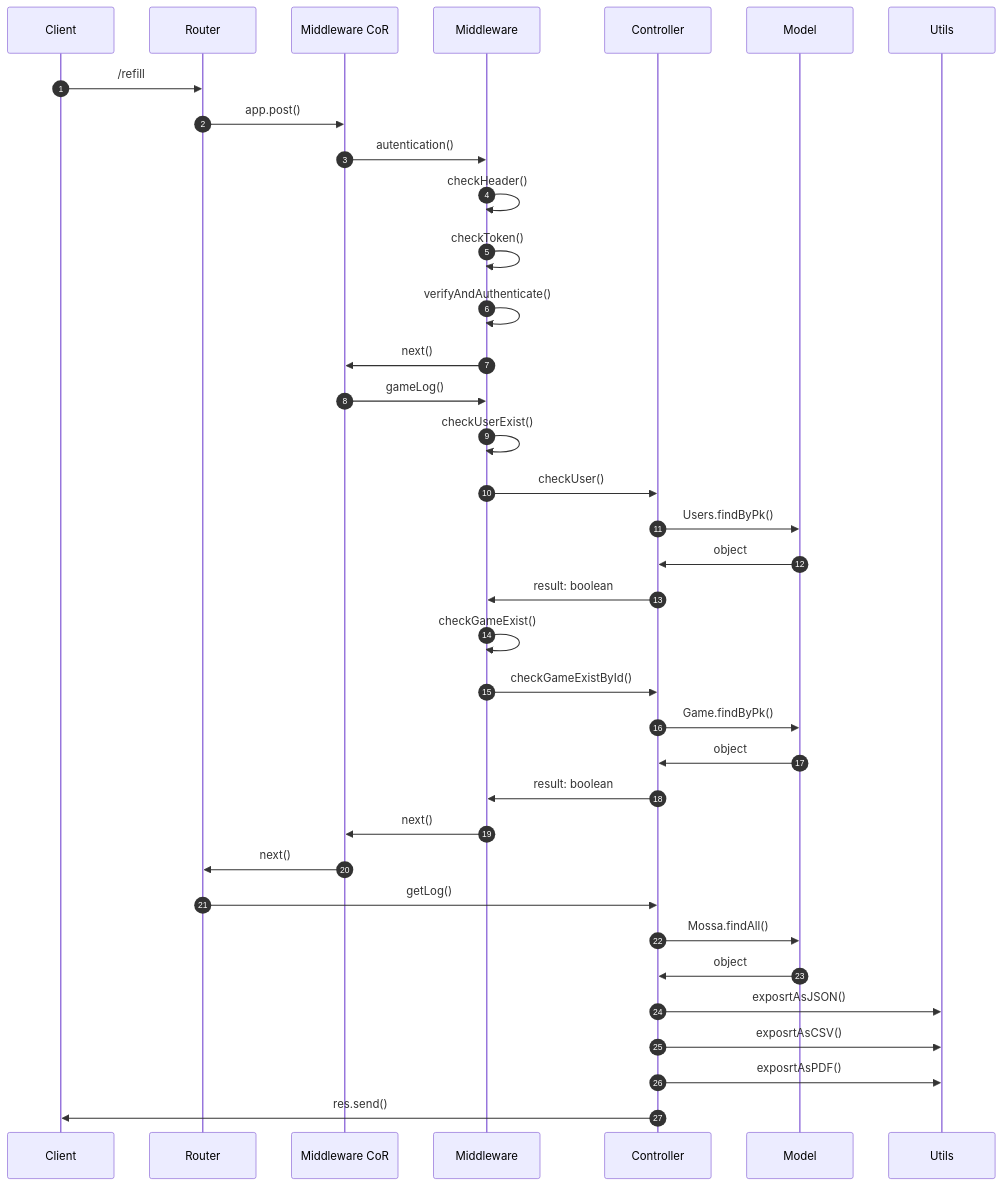
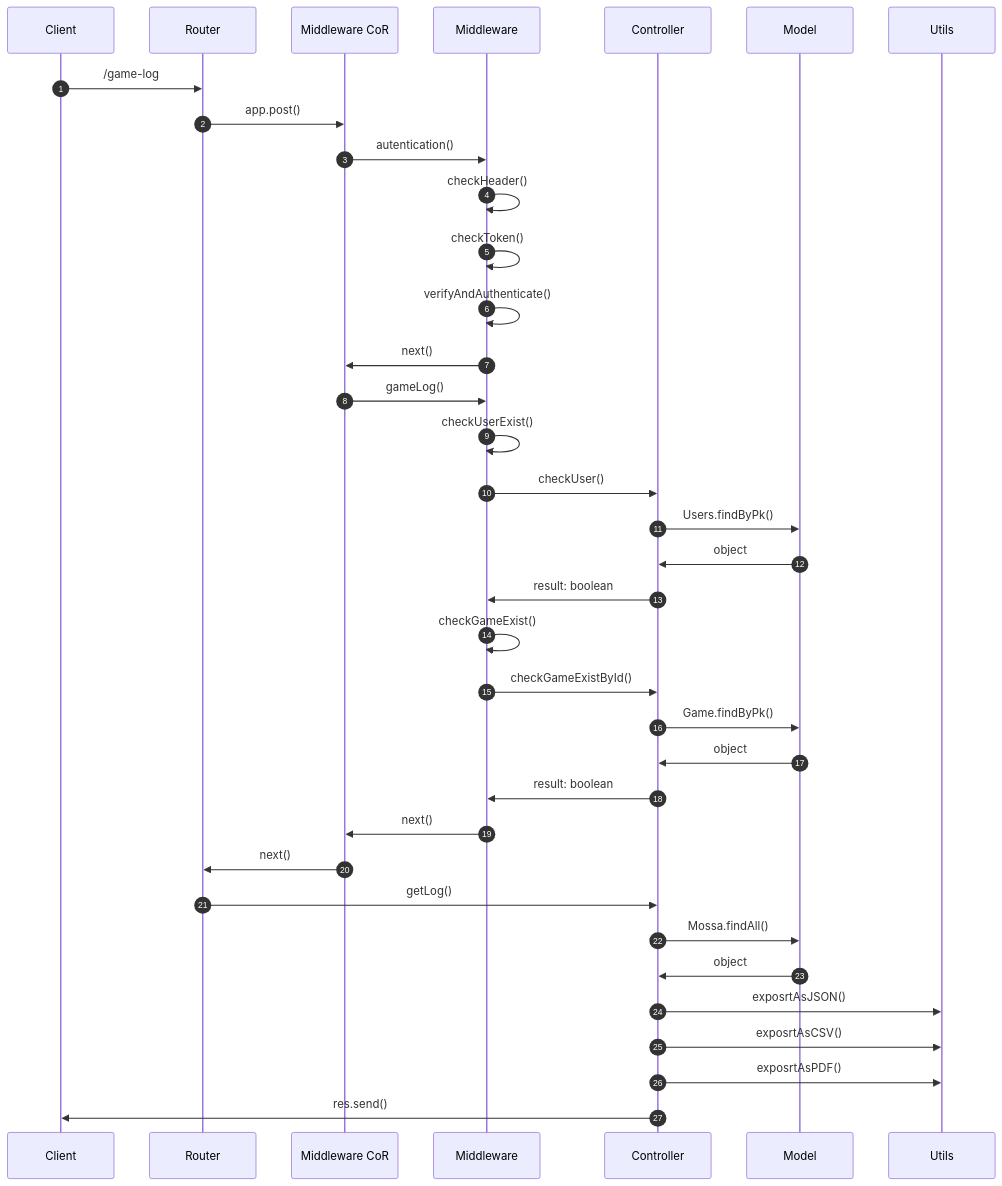
The fifth of 10 diagrams in README.md (mreddee/Progetto-Dama-PA), drawn with Mermaid before and after one commit. The commit also changed other lines of this file, not shown here.

````diff
--- a/README.md
+++ b/README.md
@@ -291,31 +291,31 @@
 ```mermaid
 sequenceDiagram
 autonumber
-Client->>Router: /refill
+Client->>Router: /game-log
 Router->>Middleware CoR: app.post()
 Middleware CoR->>Middleware: autentication()
 Middleware->>Middleware: checkHeader()
 Middleware->>Middleware: checkToken()
 Middleware->>Middleware: verifyAndAuthenticate()
 Middleware->>Middleware CoR: next()
 Middleware CoR->>Middleware: gameLog()
 Middleware->>Middleware: checkUserExist()
 Middleware->>Controller: checkUser()
 Controller->>Model: Users.findByPk()
 Model->>Controller: object
 Controller->>Middleware: result: boolean
 Middleware->>Middleware: checkGameExist()
 Middleware->>Controller: checkGameExistById()
 Controller->>Model: Game.findByPk()
 Model->>Controller: object
 Controller->>Middleware: result: boolean
 Middleware->>Middleware CoR: next()
 Middleware CoR->>Router: next()
 Router->>Controller: getLog()
 Controller->>Model: Mossa.findAll()
 Model->>Controller: object
 Controller->>Utils: exposrtAsJSON()
 Controller->>Utils: exposrtAsCSV()
 Controller->>Utils: exposrtAsPDF()
 Controller->>Client: res.send()
 ```
````
